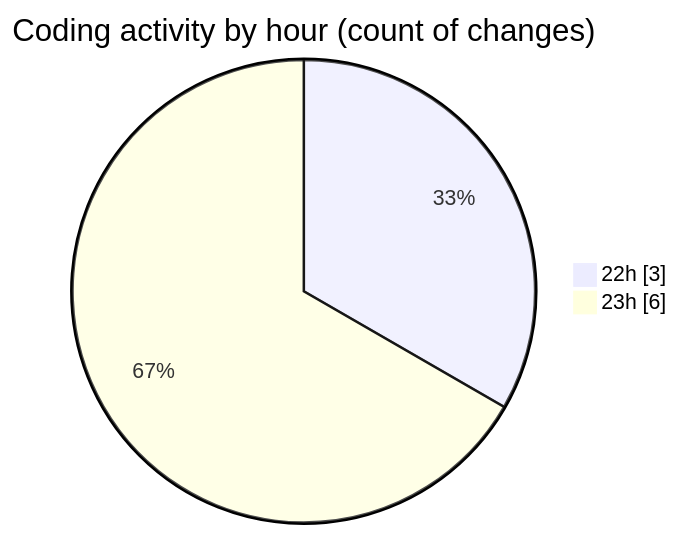
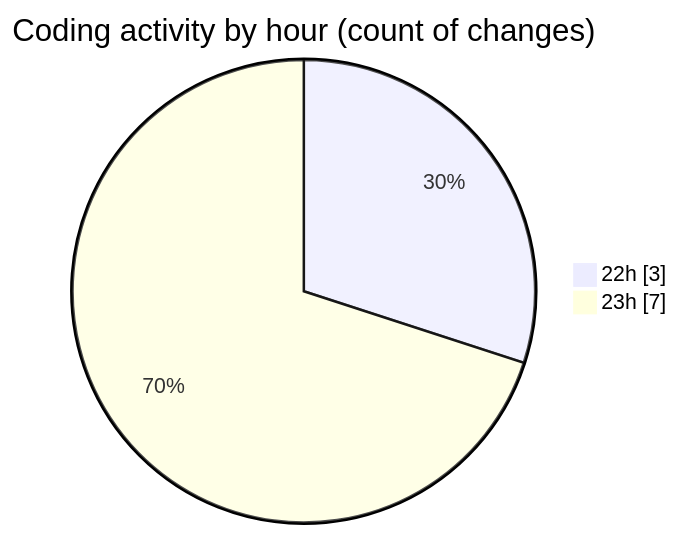
Before and after one commit to donsfak/code-tracking: the second of 2 diagrams in 2025-03-13/ai_agent/README.md, drawn with Mermaid. The commit also changed other lines of this file and 1 other file, not shown here.

````diff
--- a/2025-03-13/ai_agent/README.md
+++ b/2025-03-13/ai_agent/README.md
@@ -35,6 +36,6 @@
 ```mermaid
 pie showData
 title Coding activity by hour (count of changes)
 "22h" : 3
-"23h" : 6
+"23h" : 7
 ```
````
